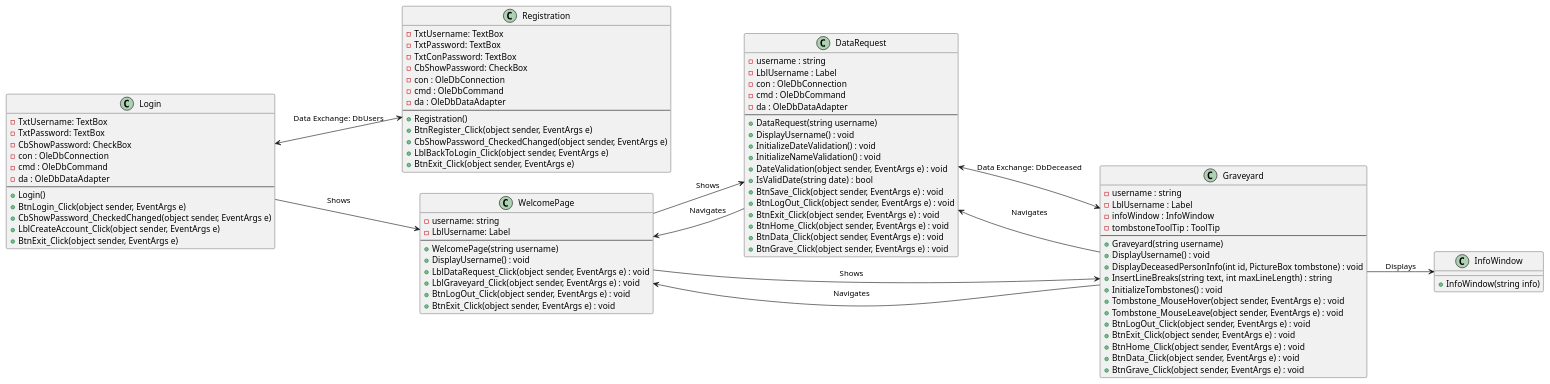
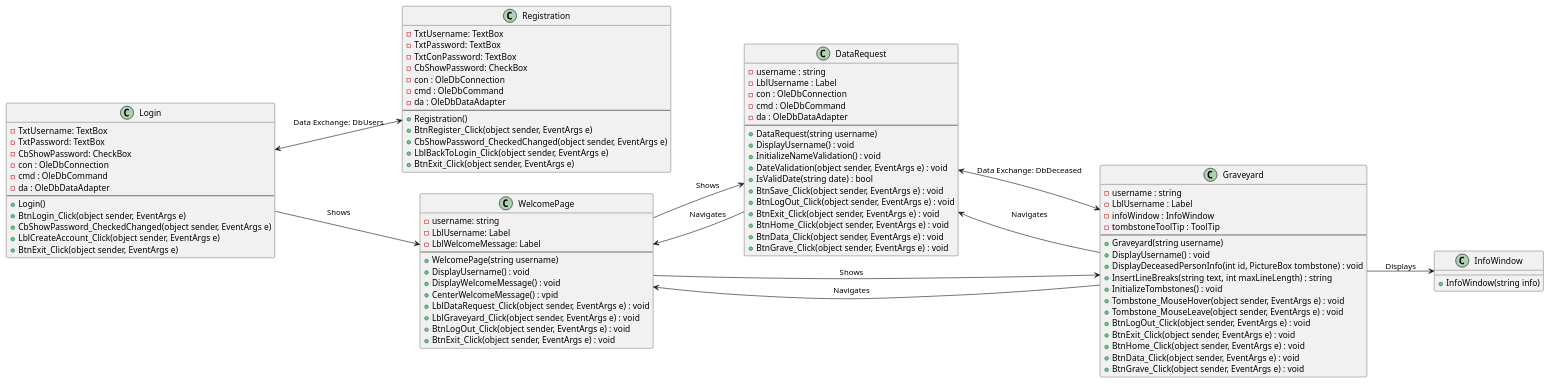
The diagram in UML-Diagramm.plantuml (luisewinzer/SE-Projekt), drawn with PlantUML before and after one commit.

Commit message:
Update UML-Diagramm

```diff
--- a/UML-Diagramm.plantuml
+++ b/UML-Diagramm.plantuml
@@ -1,104 +1,106 @@
 @startuml
 
 left to right direction
 
 class Login {
     - TxtUsername: TextBox
     - TxtPassword: TextBox
     - CbShowPassword: CheckBox
     - con : OleDbConnection
     - cmd : OleDbCommand
     - da : OleDbDataAdapter
     --
     + Login()
     + BtnLogin_Click(object sender, EventArgs e)
     + CbShowPassword_CheckedChanged(object sender, EventArgs e)
     + LblCreateAccount_Click(object sender, EventArgs e)
     + BtnExit_Click(object sender, EventArgs e)
 }
 
 class Registration {
     - TxtUsername: TextBox
     - TxtPassword: TextBox
     - TxtConPassword: TextBox
     - CbShowPassword: CheckBox
     - con : OleDbConnection
     - cmd : OleDbCommand
     - da : OleDbDataAdapter
     --
     + Registration()
     + BtnRegister_Click(object sender, EventArgs e)
     + CbShowPassword_CheckedChanged(object sender, EventArgs e)
     + LblBackToLogin_Click(object sender, EventArgs e)
     + BtnExit_Click(object sender, EventArgs e)
 }
 
 class WelcomePage {
     - username: string
     - LblUsername: Label
+    - LblWelcomeMessage: Label
     --
     + WelcomePage(string username)
     + DisplayUsername() : void
+    + DisplayWelcomeMessage() : void
+    + CenterWelcomeMessage() : vpid
     + LblDataRequest_Click(object sender, EventArgs e) : void
     + LblGraveyard_Click(object sender, EventArgs e) : void
     + BtnLogOut_Click(object sender, EventArgs e) : void
     + BtnExit_Click(object sender, EventArgs e) : void
 }
 
 
 class DataRequest {
     - username : string
     - LblUsername : Label
     - con : OleDbConnection
     - cmd : OleDbCommand
     - da : OleDbDataAdapter
     --
     + DataRequest(string username)
     + DisplayUsername() : void
-    + InitializeDateValidation() : void
     + InitializeNameValidation() : void
     + DateValidation(object sender, EventArgs e) : void
     + IsValidDate(string date) : bool
     + BtnSave_Click(object sender, EventArgs e) : void
     + BtnLogOut_Click(object sender, EventArgs e) : void
     + BtnExit_Click(object sender, EventArgs e) : void
     + BtnHome_Click(object sender, EventArgs e) : void
     + BtnData_Click(object sender, EventArgs e) : void
     + BtnGrave_Click(object sender, EventArgs e) : void
 }
 
 class Graveyard {
     - username : string
     - LblUsername : Label
     - infoWindow : InfoWindow
     - tombstoneToolTip : ToolTip
     --
     + Graveyard(string username)
     + DisplayUsername() : void
     + DisplayDeceasedPersonInfo(int id, PictureBox tombstone) : void
     + InsertLineBreaks(string text, int maxLineLength) : string
     + InitializeTombstones() : void
     + Tombstone_MouseHover(object sender, EventArgs e) : void
     + Tombstone_MouseLeave(object sender, EventArgs e) : void
     + BtnLogOut_Click(object sender, EventArgs e) : void
     + BtnExit_Click(object sender, EventArgs e) : void
     + BtnHome_Click(object sender, EventArgs e) : void
     + BtnData_Click(object sender, EventArgs e) : void
     + BtnGrave_Click(object sender, EventArgs e) : void
 }
 
 class InfoWindow {
 + InfoWindow(string info)
 }
 
 Login <--> Registration : Data Exchange: DbUsers
 Login --> WelcomePage : Shows
 WelcomePage --> DataRequest : Shows
 WelcomePage --> Graveyard : Shows
 DataRequest <--> Graveyard : Data Exchange: DbDeceased
 DataRequest --> WelcomePage : Navigates
 Graveyard --> WelcomePage : Navigates
 Graveyard --> InfoWindow : Displays
 Graveyard --> DataRequest : Navigates
 
 @enduml
```
